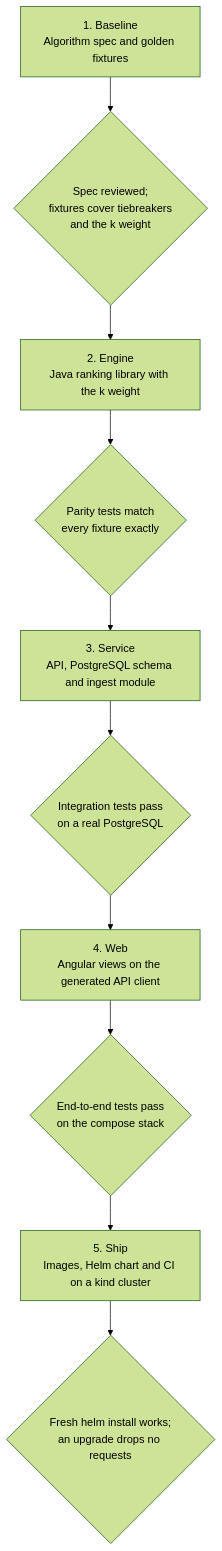
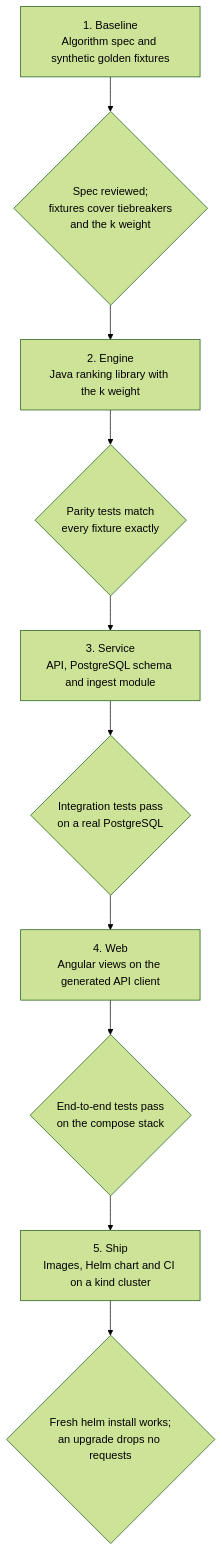
The second of 2 diagrams in PRD.md (droach282/eye-test-k8s), drawn with Mermaid (forest theme) before and after one commit. The commit also changed other lines of this file and 2 other files, not shown here.

````diff
--- a/PRD.md
+++ b/PRD.md
@@ -228,12 +248,12 @@
 ```mermaid
 flowchart TD
-    P1["1. Baseline<br/>Algorithm spec and golden fixtures"] --> G1{"Spec reviewed;<br/>fixtures cover tiebreakers<br/>and the k weight"}
+    P1["1. Baseline<br/>Algorithm spec and synthetic golden fixtures"] --> G1{"Spec reviewed;<br/>fixtures cover tiebreakers<br/>and the k weight"}
     G1 --> P2["2. Engine<br/>Java ranking library with the k weight"]
     P2 --> G2{"Parity tests match<br/>every fixture exactly"}
     G2 --> P3["3. Service<br/>API, PostgreSQL schema and ingest module"]
     P3 --> G3{"Integration tests pass<br/>on a real PostgreSQL"}
     G3 --> P4["4. Web<br/>Angular views on the generated API client"]
     P4 --> G4{"End-to-end tests pass<br/>on the compose stack"}
     G4 --> P5["5. Ship<br/>Images, Helm chart and CI on a kind cluster"]
     P5 --> G5{"Fresh helm install works;<br/>an upgrade drops no requests"}
 ```
````
